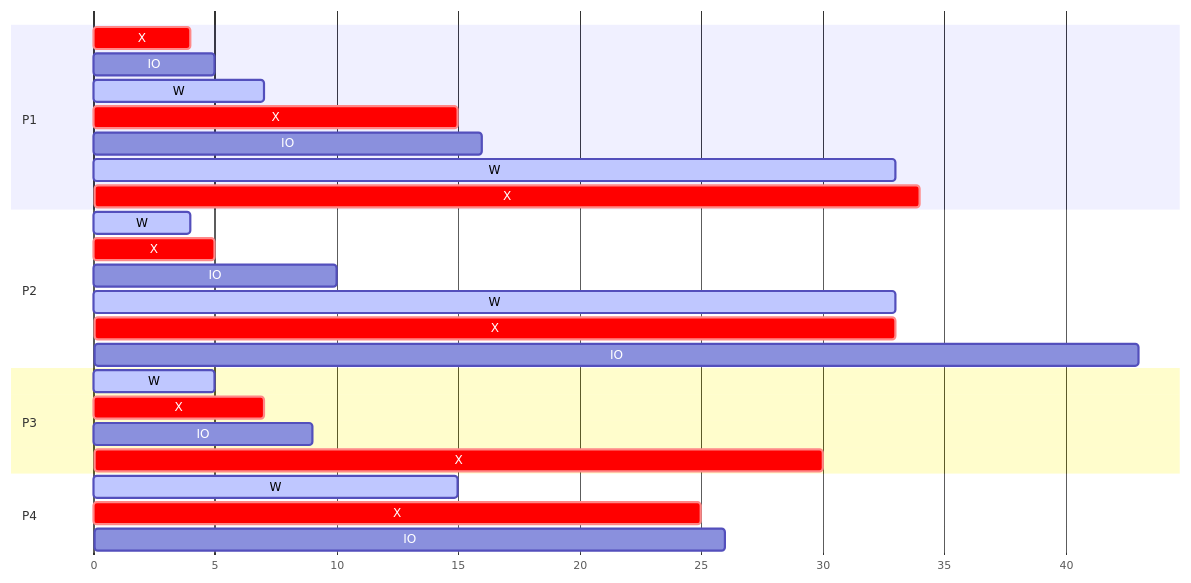
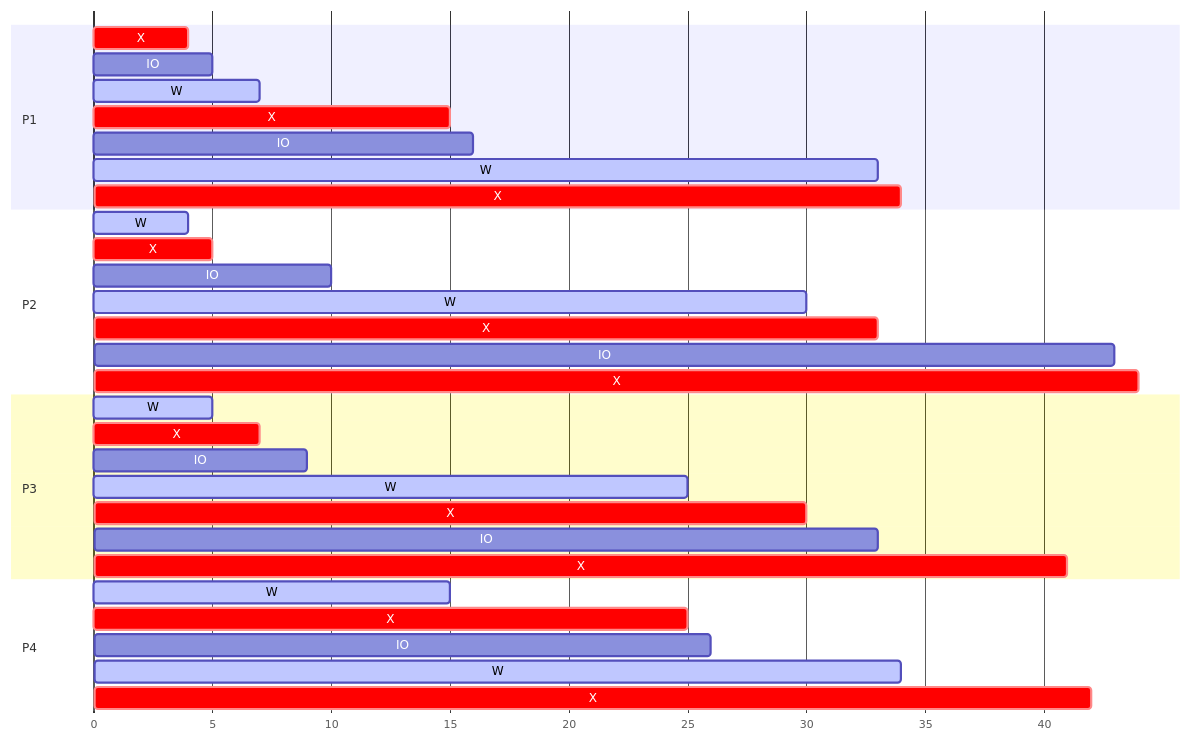
One commit to angelromarco04/MyNotes changed the diagram in CS/OS/data/25_scheduling.md. Above: the diagram before and after it, drawn with Mermaid.

Commit message:
vault backup: 2024-03-25 19:40:06

````diff
--- a/CS/OS/data/25_scheduling.md
+++ b/CS/OS/data/25_scheduling.md
@@ -41,34 +41,40 @@
 ```mermaid
 ---
 displayMode: compact
 ---
 gantt
     dateFormat X
     axisFormat %s
     
     section P1
         X       : crit, a, 0, 4
         IO      : a, 4, 5
 		W       : active, a, 5, 7
 		X       : crit, a, 7, 15
 		IO      : a, 15, 16
 		W       : active, a, 16, 33
 		X       : crit, a, 33, 34
     section P2
 	    W       : active, b, 2, 4
 	    X       : crit, b, 4, 5
 	    IO      : b, 5, 10
-	    W       : active, b, 10, 33
+	    W       : active, b, 10, 30
 	    X       : crit, b, 30, 33
 	    IO      : b, 33, 43
+	    X       : crit, b, 43, 44
 	section P3
 		W       : active, c, 4, 5
 		X       : crit, c, 5, 7
 	    IO      : c, 7, 9
+	    W       : active, c, 9, 25
 	    X       : crit, c, 25, 30
+	    IO      : c, 30, 33
+	    X       : crit, c, 42, 41
 	section P4
 		W       : active, d, 6, 15
 		X       : crit, d, 15, 25
 		IO      : d, 25, 26
+		W       : active, d, 26, 34
+		X       : crit, d, 34, 42
 
 ```
````
